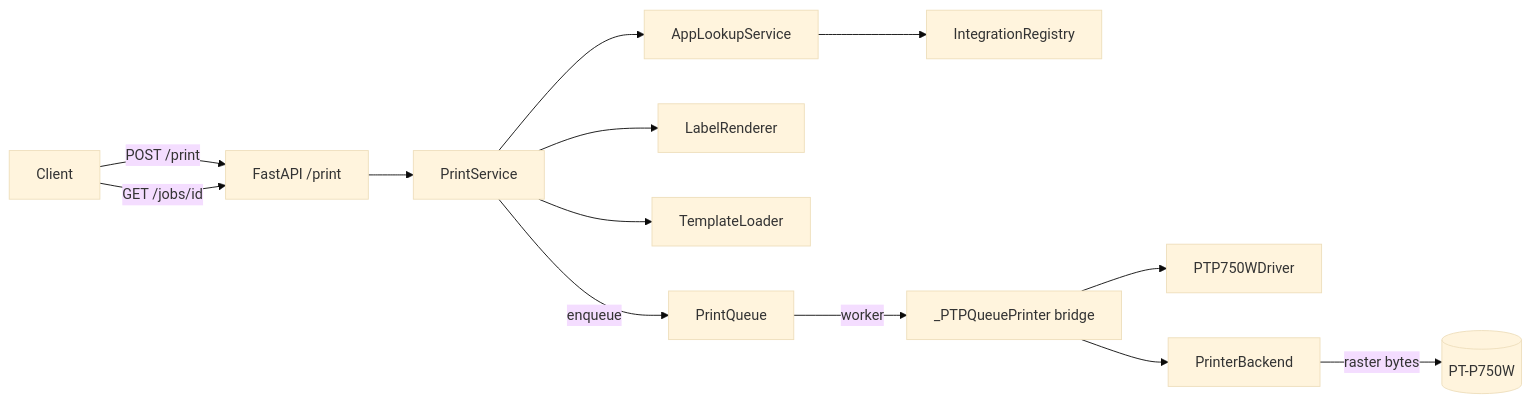
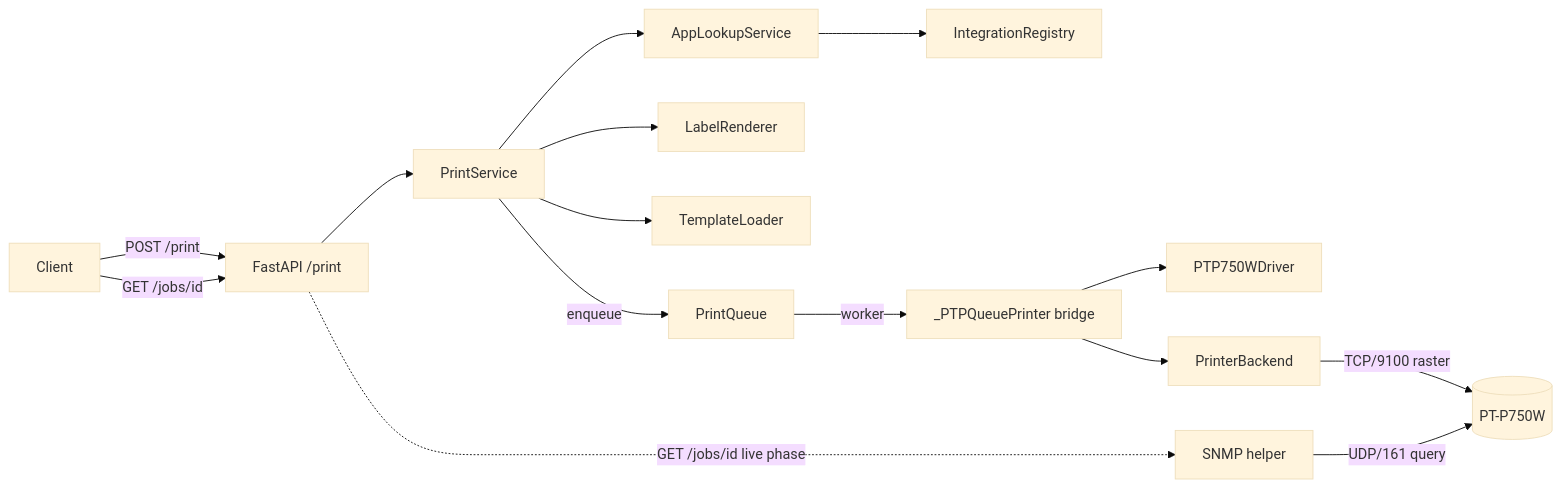
The diagram in docs/designs/2026-05-15-first-print.md (strausmann/Label-Printer-Hub), drawn with Mermaid (base theme) before and after one commit. The commit also changed other lines of this file, not shown here.

First line of the commit message:
docs(designs): add SNMP-hybrid for discovery + live status

````diff
--- a/docs/designs/2026-05-15-first-print.md
+++ b/docs/designs/2026-05-15-first-print.md
@@ -43,27 +46,30 @@
 ```mermaid
 flowchart LR
     Client[Client]
     API[FastAPI /print]
     PS[PrintService]
     AL[AppLookupService]
     REG[IntegrationRegistry]
     LR[LabelRenderer]
     TL[TemplateLoader]
     PQ[PrintQueue]
     PR[_PTPQueuePrinter bridge]
     DR[PTP750WDriver]
     BE[PrinterBackend]
+    SNMP[SNMP helper]
     HW[(PT-P750W)]
 
     Client -->|POST /print| API
     API --> PS
     PS --> AL --> REG
     PS --> TL
     PS --> LR
     PS -->|enqueue| PQ
     PQ -->|worker| PR
     PR --> DR
     PR --> BE
-    BE -->|raster bytes| HW
+    BE -->|TCP/9100 raster| HW
+    SNMP -->|UDP/161 query| HW
+    API -.->|GET /jobs/id live phase| SNMP
     Client -->|GET /jobs/id| API
 ```
````
